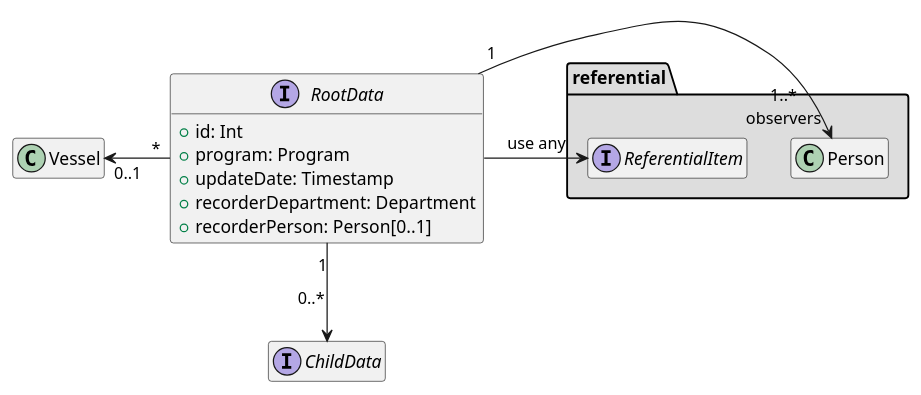
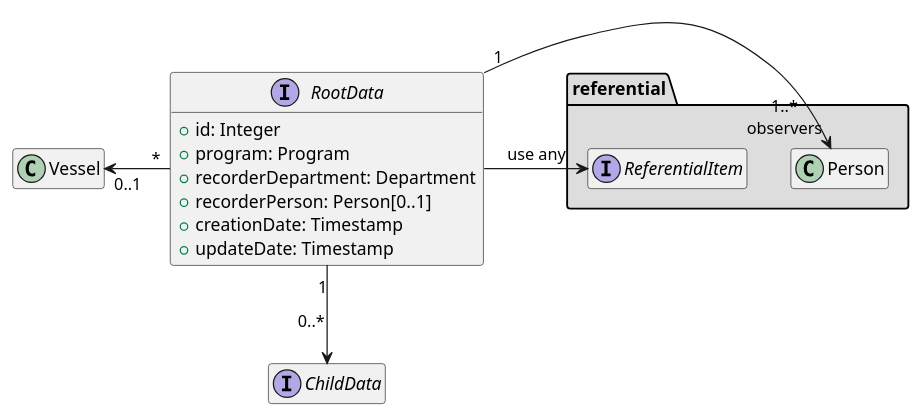
One commit to sumaris-net/sumaris-doc changed the diagram in model/data/common.puml. Above: the diagram before and after it, drawn with PlantUML. The commit also changed 19 other files, not shown here.

Commit message:
[enh] Model: Add class diagram for Activity Calendar, Vesseg/Gear Use features, Fishing Area

```diff
--- a/model/data/common.puml
+++ b/model/data/common.puml
@@ -1,25 +1,26 @@
 @startuml
 hide empty members
 
 interface RootData {
-    +id: Int
+    +id: Integer
     +program: Program
-    +updateDate: Timestamp
     +recorderDepartment: Department
     +recorderPerson: Person[0..1]
+    +creationDate: Timestamp
+    +updateDate: Timestamp
 }
 
 interface ChildData {
 }
 
 RootData "*" -left-> "0..1\n" Vessel: "     "
 RootData "1" --> "0..*\n" ChildData: "     "
 
 package "referential" #DDDDDD {
     interface ReferentialItem {
     }
 
     RootData "1" -right-> "1..*\nobservers" Person: "                         "
     RootData -right-> ReferentialItem: "use any"
 }
 @enduml
```
